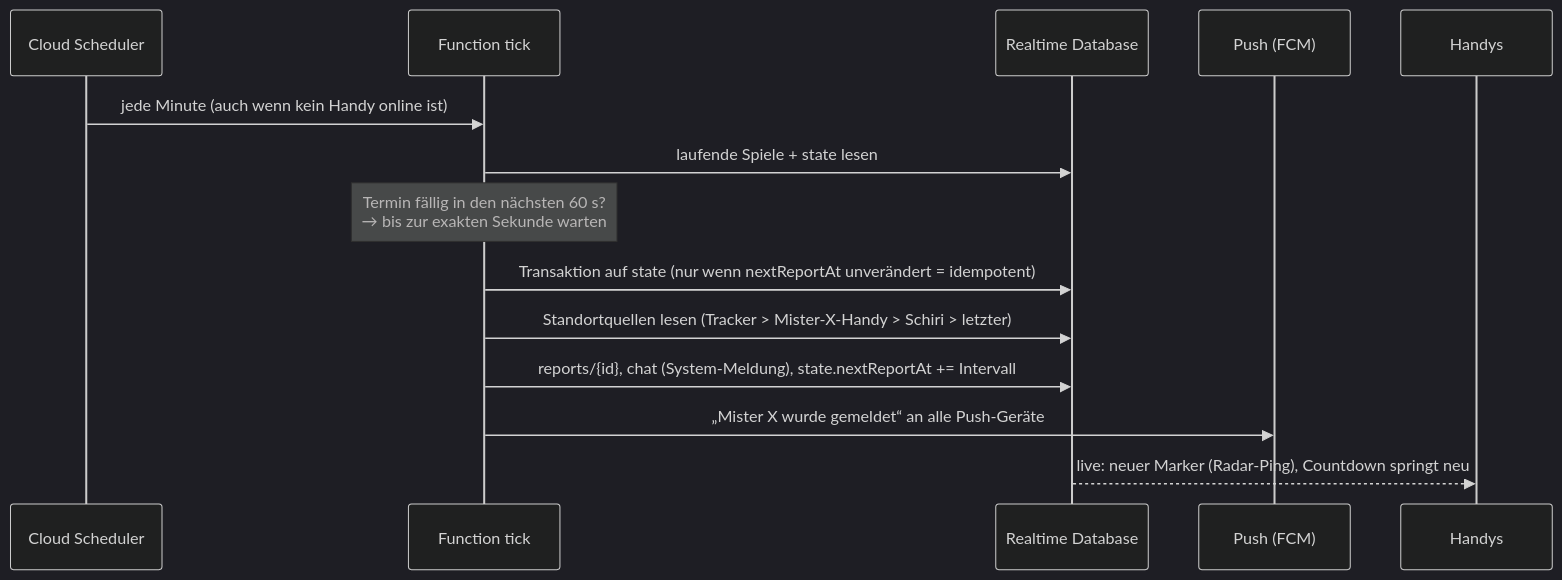
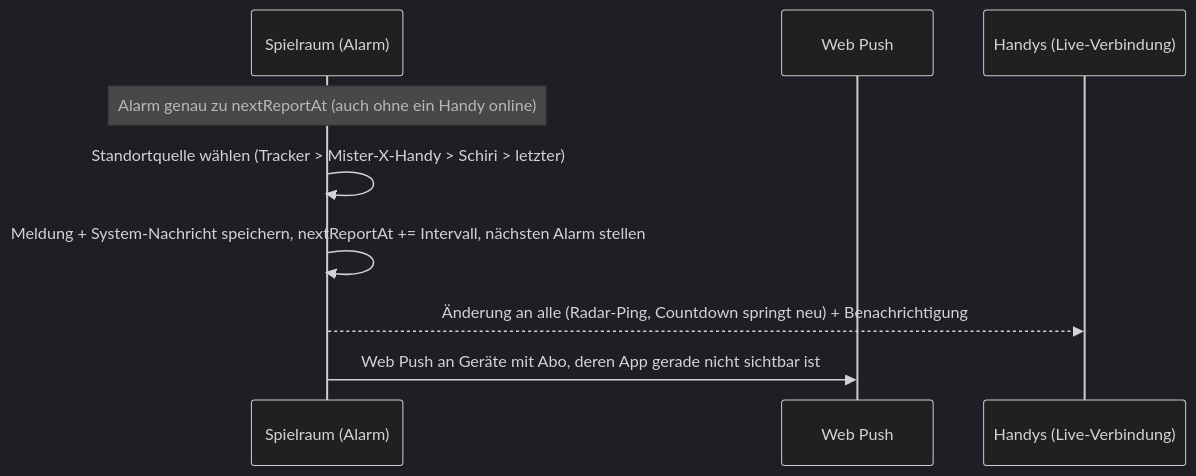
Before and after one commit to peter-mayrhofer/Mr.-X: the second of 4 diagrams in docs/KONZEPT.md, drawn with Mermaid (dark theme). The commit also changed other lines of this file and 12 other files, not shown here.

````diff
--- a/docs/KONZEPT.md
+++ b/docs/KONZEPT.md
@@ -210,16 +202,11 @@
 ```mermaid
 sequenceDiagram
-  participant CS as Cloud Scheduler
-  participant T as Function tick
-  participant DB as Realtime Database
-  participant FCM as Push (FCM)
-  participant H as Handys
-  CS->>T: jede Minute (auch wenn kein Handy online ist)
-  T->>DB: laufende Spiele + state lesen
-  Note over T: Termin fällig in den nächsten 60 s?<br/>→ bis zur exakten Sekunde warten
-  T->>DB: Transaktion auf state (nur wenn nextReportAt unverändert = idempotent)
-  T->>DB: Standortquellen lesen (Tracker > Mister-X-Handy > Schiri > letzter)
-  T->>DB: reports/{id}, chat (System-Meldung), state.nextReportAt += Intervall
-  T->>FCM: „Mister X wurde gemeldet“ an alle Push-Geräte
-  DB-->>H: live: neuer Marker (Radar-Ping), Countdown springt neu
+  participant R as Spielraum (Alarm)
+  participant P as Web Push
+  participant H as Handys (Live-Verbindung)
+  Note over R: Alarm genau zu nextReportAt (auch ohne ein Handy online)
+  R->>R: Standortquelle wählen (Tracker > Mister-X-Handy > Schiri > letzter)
+  R->>R: Meldung + System-Nachricht speichern, nextReportAt += Intervall, nächsten Alarm stellen
+  R-->>H: Änderung an alle (Radar-Ping, Countdown springt neu) + Benachrichtigung
+  R->>P: Web Push an Geräte mit Abo, deren App gerade nicht sichtbar ist
 ```
````
